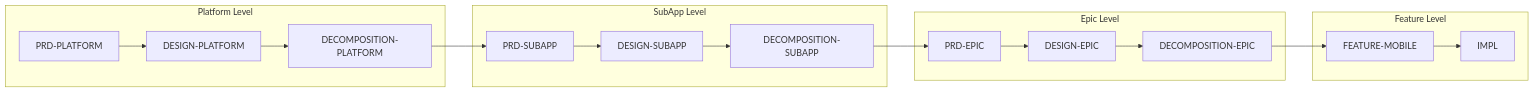
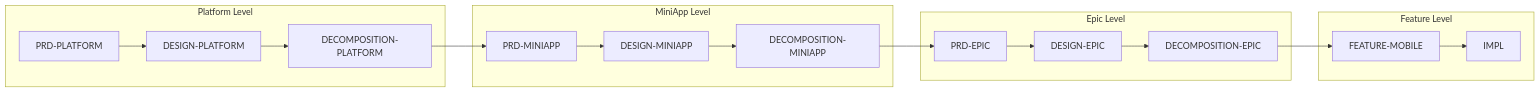
Before and after one commit to teslanika/cyber-pilot-kit-mobile-superapp: the diagram in guides/QUICKSTART.md, drawn with Mermaid. The commit also changed other lines of this file and 60 other files, not shown here.

First line of the commit message:
Rename SubApp -> MiniApp across entire kit

````diff
--- a/guides/QUICKSTART.md
+++ b/guides/QUICKSTART.md
@@ -22,30 +22,30 @@
 ```mermaid
 flowchart LR
     subgraph L0[Platform Level]
         PRD0[PRD-PLATFORM]
         DESIGN0[DESIGN-PLATFORM]
         DECOMP0[DECOMPOSITION-PLATFORM]
     end
     
-    subgraph L1[SubApp Level]
-        PRD1[PRD-SUBAPP]
-        DESIGN1[DESIGN-SUBAPP]
-        DECOMP1[DECOMPOSITION-SUBAPP]
+    subgraph L1[MiniApp Level]
+        PRD1[PRD-MINIAPP]
+        DESIGN1[DESIGN-MINIAPP]
+        DECOMP1[DECOMPOSITION-MINIAPP]
     end
     
     subgraph L2[Epic Level]
         PRD2[PRD-EPIC]
         DESIGN2[DESIGN-EPIC]
         DECOMP2[DECOMPOSITION-EPIC]
     end
     
     subgraph L3[Feature Level]
         FEATURE[FEATURE-MOBILE]
         IMPL[IMPL]
     end
     
     PRD0 --> DESIGN0 --> DECOMP0 --> PRD1
     PRD1 --> DESIGN1 --> DECOMP1 --> PRD2
     PRD2 --> DESIGN2 --> DECOMP2 --> FEATURE
     FEATURE --> IMPL
 ```
````
